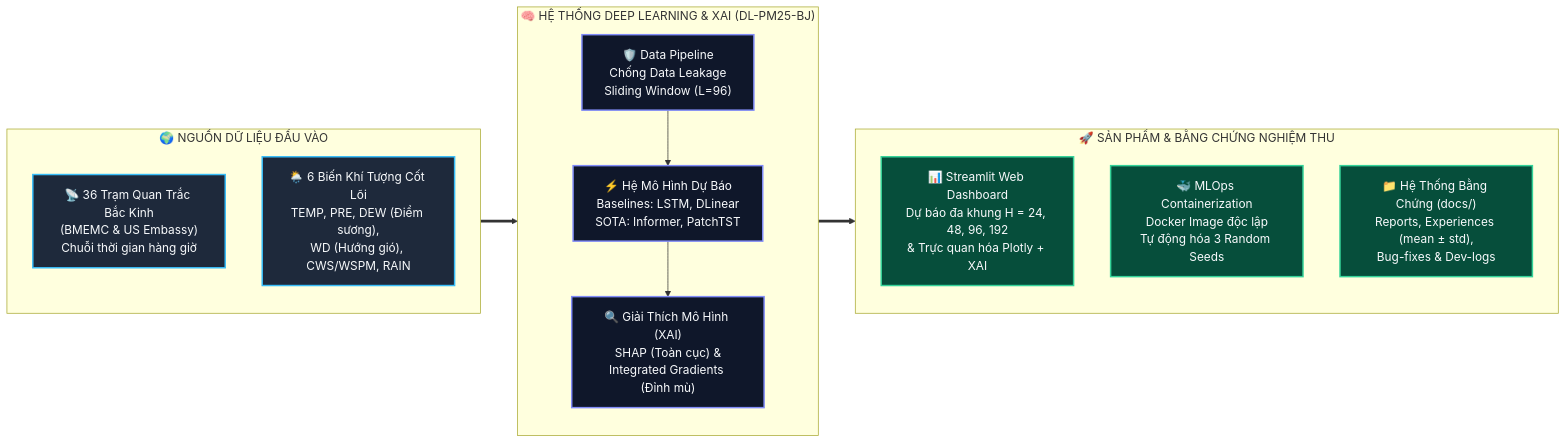
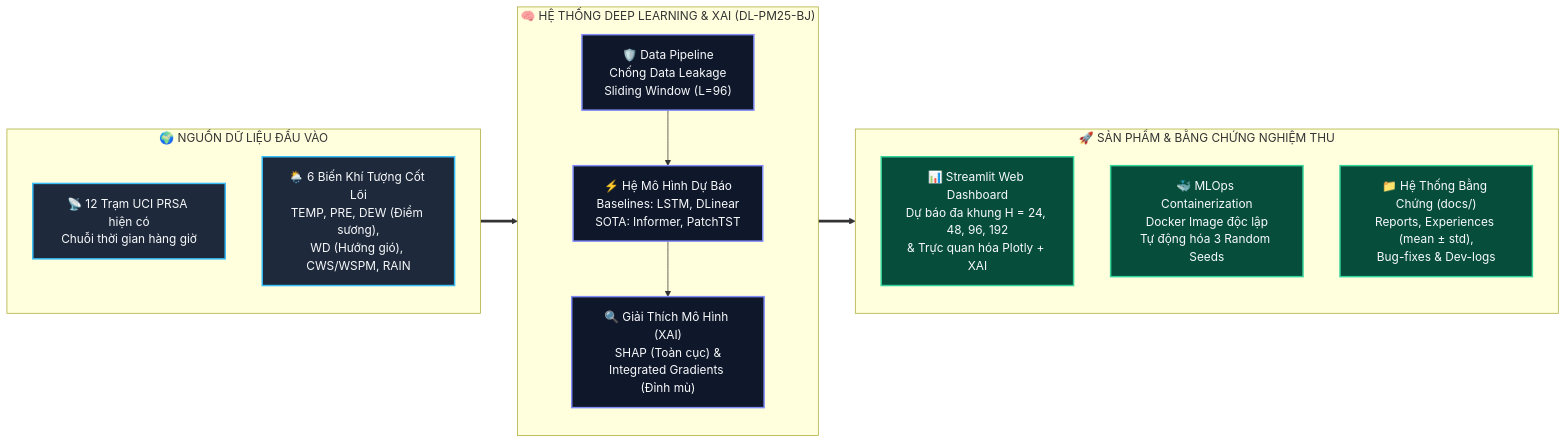
Before and after one commit to Duy-DS/Deep_Learning_Group: the first of 4 diagrams in course_project/README.md, drawn with Mermaid. The commit also changed other lines of this file and 374 other files, not shown here.

````diff
--- a/course_project/README.md
+++ b/course_project/README.md
@@ -55,32 +55,32 @@
 ```mermaid
 flowchart LR
     subgraph INPUT ["🌍 NGUỒN DỮ LIỆU ĐẦU VÀO"]
         direction TB
-        S1["📡 36 Trạm Quan Trắc Bắc Kinh<br/>(BMEMC & US Embassy)<br/>Chuỗi thời gian hàng giờ"]
+        S1["📡 12 Trạm UCI PRSA hiện có<br/>Chuỗi thời gian hàng giờ"]
         S2["🌦️ 6 Biến Khí Tượng Cốt Lõi<br/>TEMP, PRE, DEW (Điểm sương),<br/>WD (Hướng gió), CWS/WSPM, RAIN"]
     end
 
     subgraph CORE ["🧠 HỆ THỐNG DEEP LEARNING & XAI (DL-PM25-BJ)"]
         direction TB
         P1["🛡️ Data Pipeline<br/>Chống Data Leakage<br/>Sliding Window (L=96)"]
         P2["⚡ Hệ Mô Hình Dự Báo<br/>Baselines: LSTM, DLinear<br/>SOTA: Informer, PatchTST"]
         P3["🔍 Giải Thích Mô Hình (XAI)<br/>SHAP (Toàn cục) &<br/>Integrated Gradients (Đỉnh mù)"]
         P1 --> P2 --> P3
     end
 
     subgraph OUTPUT ["🚀 SẢN PHẨM & BẰNG CHỨNG NGHIỆM THU"]
         direction TB
         O1["📊 Streamlit Web Dashboard<br/>Dự báo đa khung H = 24, 48, 96, 192<br/>& Trực quan hóa Plotly + XAI"]
         O2["🐳 MLOps Containerization<br/>Docker Image độc lập<br/>Tự động hóa 3 Random Seeds"]
         O3["📁 Hệ Thống Bằng Chứng (docs/)<br/>Reports, Experiences (mean ± std),<br/>Bug-fixes & Dev-logs"]
     end
 
     INPUT ==> CORE ==> OUTPUT
 
     classDef inputStyle fill:#1e293b,stroke:#38bdf8,stroke-width:2px,color:#f8fafc;
     classDef coreStyle fill:#0f172a,stroke:#818cf8,stroke-width:2px,color:#f8fafc;
     classDef outStyle fill:#064e3b,stroke:#34d399,stroke-width:2px,color:#f8fafc;
     class S1,S2 inputStyle;
     class P1,P2,P3 coreStyle;
     class O1,O2,O3 outStyle;
 ```
````
